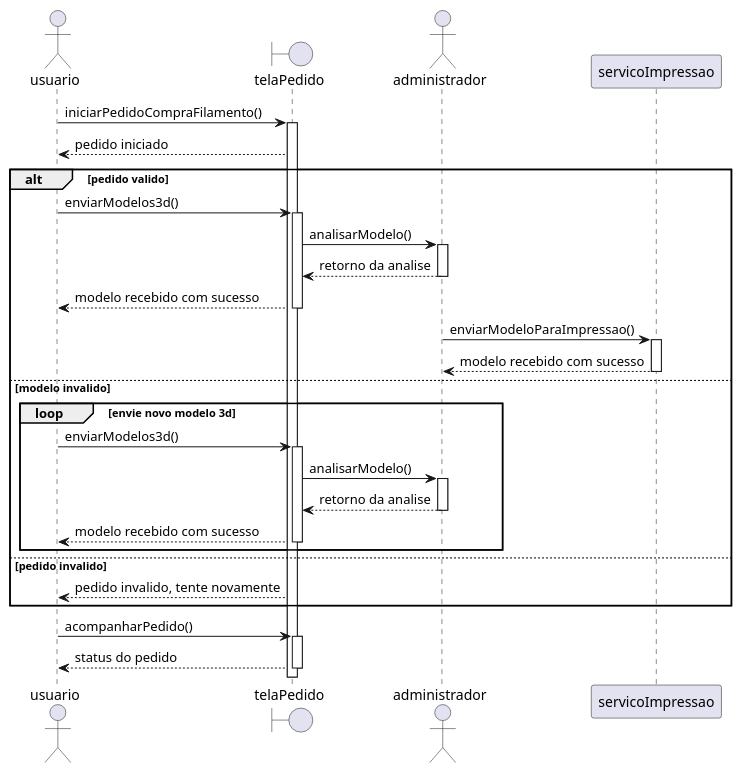
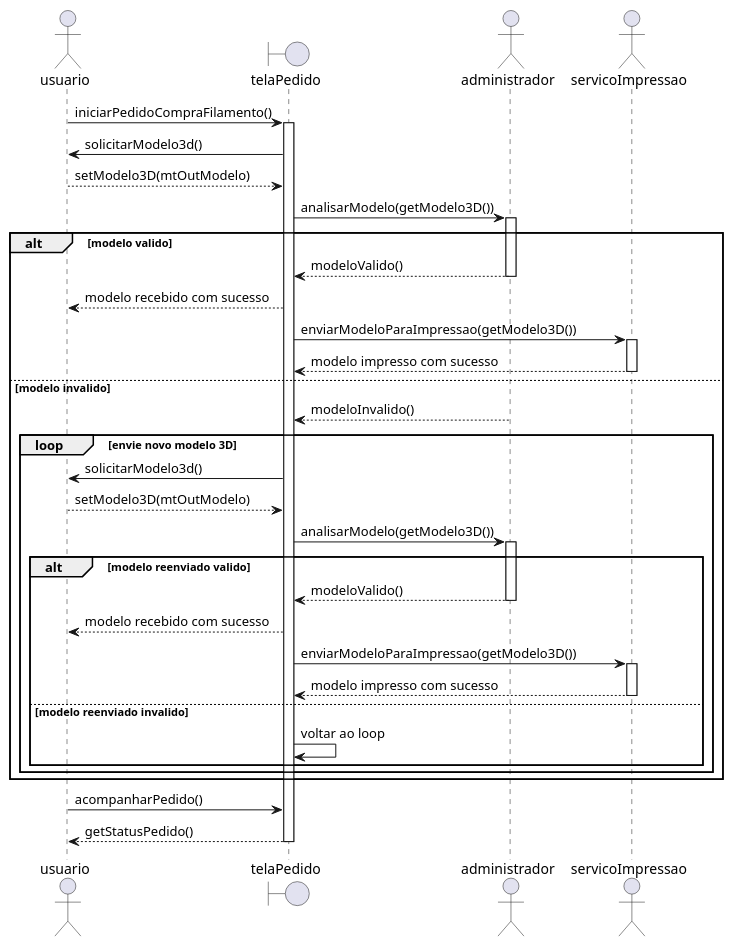
Before and after one commit to zjpza/Ecopla: the diagram in Trabalho/Diagrama de Sequência/Comprar Filamento.md, drawn with PlantUML. The commit also changed other lines of this file, not shown here.

Commit message:
Update Comprar Filamento.md

```diff
--- a/Trabalho/Diagrama de Sequência/Comprar Filamento.md
+++ b/Trabalho/Diagrama de Sequência/Comprar Filamento.md
@@ -3,45 +1,60 @@
-    @startuml
-    actor usuario as user
-    boundary telaPedido as tela
-    actor administrador as adm
-    participant servicoImpressao as servico
-    
-    user -> tela: iniciarPedidoCompraFilamento()
-    activate tela
-    tela --> user: pedido iniciado
+@startuml ComprarFilamentos
+
+actor usuario as user
+boundary telaPedido as tela
+actor administrador as adm
+actor servicoImpressao as servico
+
+user -> tela: iniciarPedidoCompraFilamento()
+activate tela
+
+tela -> user: solicitarModelo3d()
+user --> tela: setModelo3D(mtOutModelo)
+
+tela -> adm: analisarModelo(getModelo3D())
+activate adm
+
+alt modelo valido
+    adm --> tela: modeloValido()
     deactivate adm
-    
-    alt pedido valido
-        user -> tela: enviarModelos3d()
-        activate tela
-        tela -> adm: analisarModelo()
+
+    tela --> user: modelo recebido com sucesso
+
+    tela -> servico: enviarModeloParaImpressao(getModelo3D())
+    activate servico
+    servico --> tela: modelo impresso com sucesso
+    deactivate servico
+
+else modelo invalido
+    adm --> tela: modeloInvalido()
+    deactivate adm
+
+    loop envie novo modelo 3D
+        tela -> user: solicitarModelo3d()
+        user --> tela: setModelo3D(mtOutModelo)
+        
+        tela -> adm: analisarModelo(getModelo3D())
         activate adm
-        adm --> tela: retorno da analise
-        deactivate adm
-        tela --> user: modelo recebido com sucesso
-        deactivate tela
-        adm -> servico: enviarModeloParaImpressao()
-        activate servico
-        servico --> adm: modelo recebido com sucesso
-        deactivate servico
-        else modelo invalido
-        loop envie novo modelo 3d
-            user -> tela: enviarModelos3d()
-            activate tela
-            tela -> adm: analisarModelo()
-            activate adm
-            adm --> tela: retorno da analise
+
+        alt modelo reenviado valido
+            adm --> tela: modeloValido()
             deactivate adm
+            
             tela --> user: modelo recebido com sucesso
-            deactivate tela
-        end 
-    
-    else pedido invalido
-        tela --> user: pedido invalido, tente novamente
+
+            tela -> servico: enviarModeloParaImpressao(getModelo3D())
+            activate servico
+            servico --> tela: modelo impresso com sucesso
+            deactivate servico
+        else modelo reenviado invalido
+            tela -> tela: voltar ao loop
+        end
     end
-    
-    user -> tela: acompanharPedido()
-    activate tela
-    tela --> user: status do pedido
-    deactivate tela
-    @enduml
+end
+
+user -> tela: acompanharPedido()
+tela --> user: getStatusPedido()
+
+deactivate tela
+
+@enduml
```
